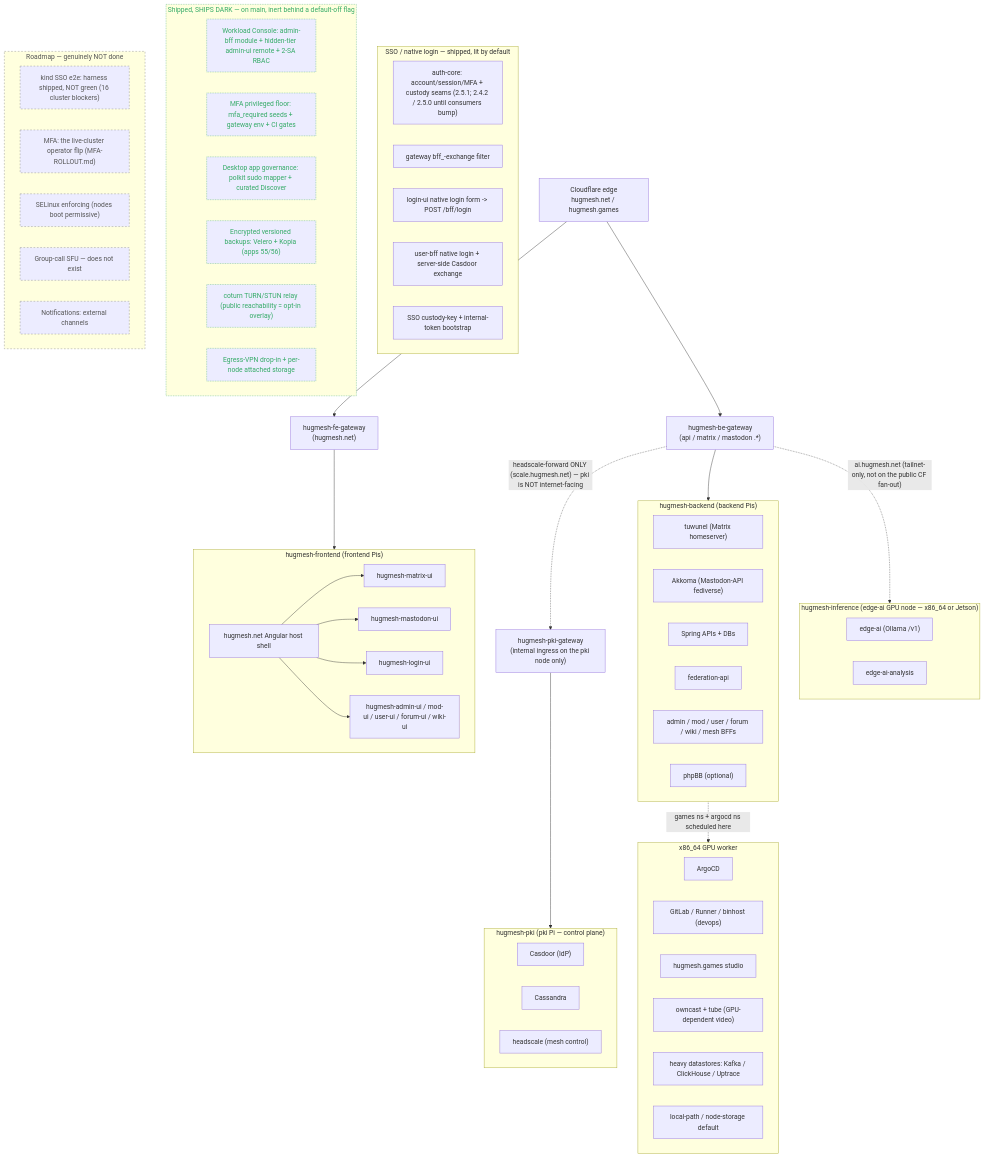
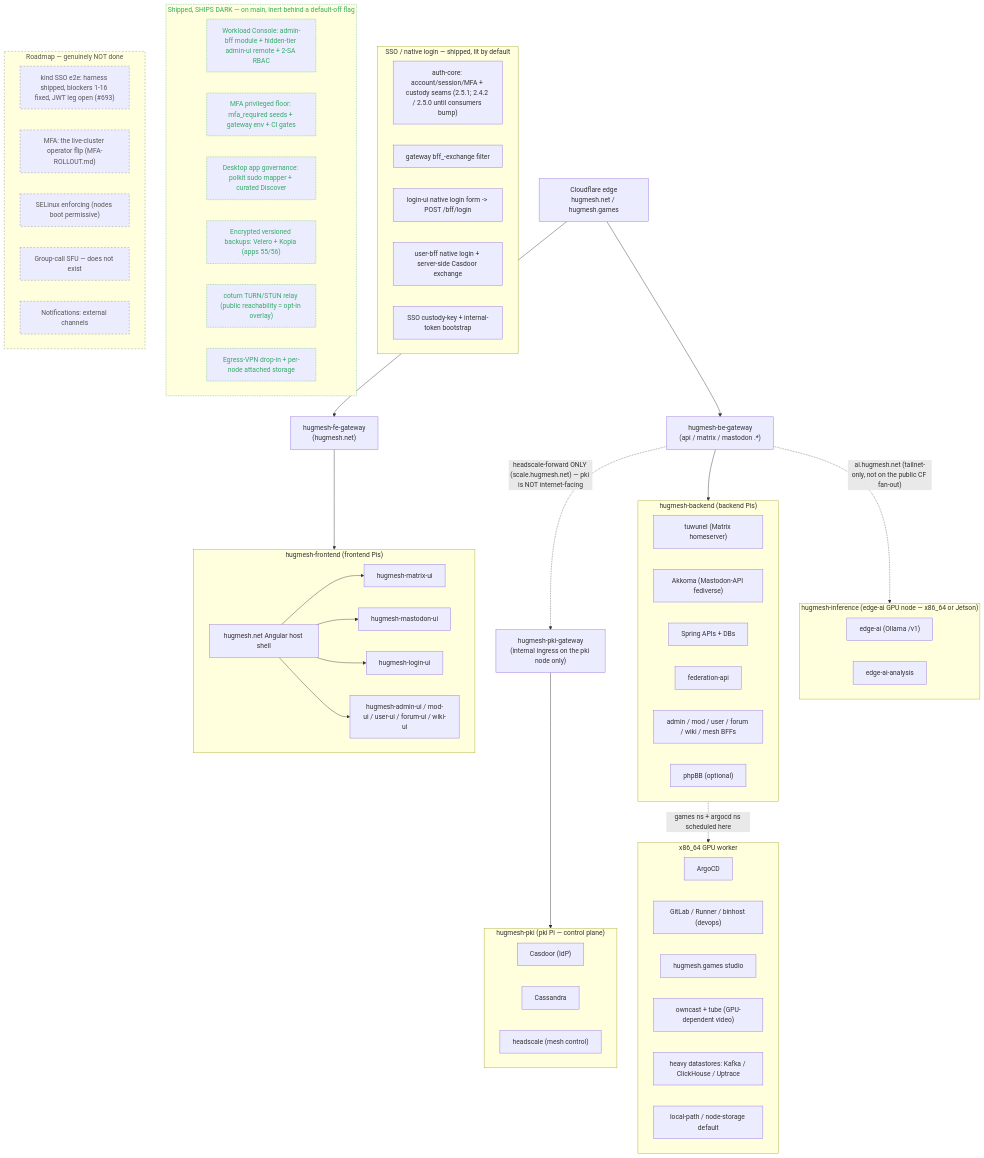
The first of 2 diagrams in docs/ARCHITECTURE.md (hugmesh/hugmesh-generator), drawn with Mermaid before and after one commit. The commit also changed other lines of this file and 2 other files, not shown here.

First line of the commit message:
docs: clear the stale 'not green' copies, correct item 9, name #736

````diff
--- a/docs/ARCHITECTURE.md
+++ b/docs/ARCHITECTURE.md
@@ -25,80 +25,80 @@
 ```mermaid
 flowchart TD
     CF["Cloudflare edge<br/>hugmesh.net / hugmesh.games"]
     CF --> FEGW["hugmesh-fe-gateway<br/>(hugmesh.net)"]
     CF --> BEGW["hugmesh-be-gateway<br/>(api / matrix / mastodon .*)"]
 
     subgraph FE["hugmesh-frontend (frontend Pis)"]
         HOST["hugmesh.net Angular host shell"]
         HOST --> MUI["hugmesh-matrix-ui"]
         HOST --> MASTUI["hugmesh-mastodon-ui"]
         HOST --> LOGINUI["hugmesh-login-ui"]
         HOST --> ADMINUI["hugmesh-admin-ui / mod-ui / user-ui / forum-ui / wiki-ui"]
     end
 
     subgraph BE["hugmesh-backend (backend Pis)"]
         TUW["tuwunel (Matrix homeserver)"]
         AKK["Akkoma (Mastodon-API fediverse)"]
         APIS["Spring APIs + DBs"]
         FEDAPI["federation-api"]
         BFFS["admin / mod / user / forum / wiki / mesh BFFs"]
         PHPBB["phpBB (optional)"]
     end
 
     subgraph PKI["hugmesh-pki (pki Pi — control plane)"]
         CAS["Casdoor (IdP)"]
         CASS["Cassandra"]
         HS["headscale (mesh control)"]
     end
 
     subgraph INFER["hugmesh-inference (edge-ai GPU node — x86_64 or Jetson)"]
         EDGEAI["edge-ai (Ollama /v1)"]
         EDGEAIAN["edge-ai-analysis"]
     end
 
     subgraph X86["x86_64 GPU worker"]
         ARGO["ArgoCD"]
         DEVOPS["GitLab / Runner / binhost (devops)"]
         GAMES["hugmesh.games studio"]
         VIDEO["owncast + tube (GPU-dependent video)"]
         HEAVY["heavy datastores: Kafka / ClickHouse / Uptrace"]
         STORE["local-path / node-storage default"]
     end
 
     FEGW --> FE
     BEGW --> BE
     BE -. "games ns + argocd ns scheduled here" .-> X86
     BEGW -. "ai.hugmesh.net (tailnet-only, not on the public CF fan-out)" .-> INFER
     BEGW -. "headscale-forward ONLY (scale.hugmesh.net) — pki is NOT internet-facing" .-> PKIGW["hugmesh-pki-gateway<br/>(internal ingress on the pki node only)"]
     PKIGW --> PKI
 
     subgraph SSO["SSO / native login — shipped, lit by default"]
         AUTHCORE["auth-core: account/session/MFA + custody seams (2.5.1; 2.4.2 / 2.5.0 until consumers bump)"]
         GWEXCH["gateway bff_-exchange filter"]
         LOGINOIDC["login-ui native login form -> POST /bff/login"]
         UBRELOC["user-bff native login + server-side Casdoor exchange"]
         CUSTKEY["SSO custody-key + internal-token bootstrap"]
     end
 
     subgraph DARK["Shipped, SHIPS DARK — on main, inert behind a default-off flag"]
         WC["Workload Console: admin-bff module + hidden-tier admin-ui remote + 2-SA RBAC"]
         MFAFLOOR["MFA privileged floor: mfa_required seeds + gateway env + CI gates"]
         DESKGOV["Desktop app governance: polkit sudo mapper + curated Discover"]
         BACKUPS["Encrypted versioned backups: Velero + Kopia (apps 55/56)"]
         TURN["coturn TURN/STUN relay (public reachability = opt-in overlay)"]
         EGRESS["Egress-VPN drop-in + per-node attached storage"]
     end
 
     subgraph ROADMAP["Roadmap — genuinely NOT done"]
-        KINDE2E["kind SSO e2e: harness shipped, NOT green (16 cluster blockers)"]
+        KINDE2E["kind SSO e2e: harness shipped, blockers 1-16 fixed, JWT leg open (#693)"]
         MFAFLIP["MFA: the live-cluster operator flip (MFA-ROLLOUT.md)"]
         ENFORCE["SELinux enforcing (nodes boot permissive)"]
         SFU["Group-call SFU — does not exist"]
         NOTIFY["Notifications: external channels"]
     end
 
     classDef dark stroke-dasharray:2,stroke:#4a7,color:#3a6;
     classDef planned stroke-dasharray:4,stroke:#888,color:#555;
     class DARK,WC,MFAFLOOR,DESKGOV,BACKUPS,TURN,EGRESS dark;
     class ROADMAP,KINDE2E,MFAFLIP,ENFORCE,SFU,NOTIFY planned;
 ```
````
